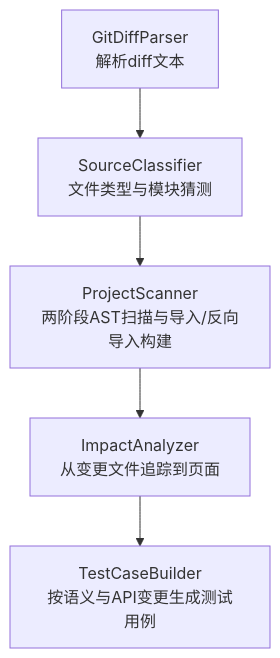
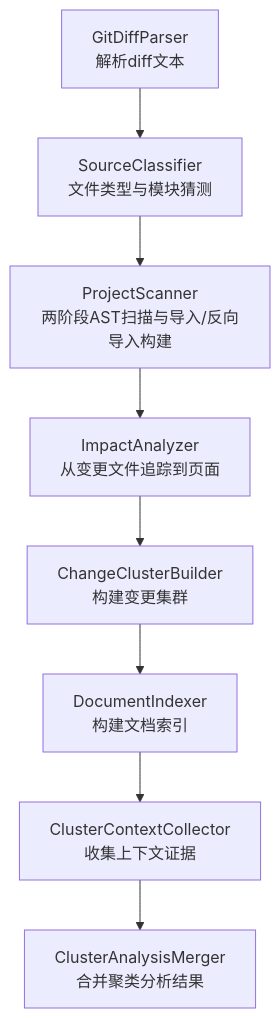
The second of 12 diagrams in .qoder/repowiki/zh/content/核心功能/核心功能.md (brand-new-remo/frontend-impact-analyzer), drawn with Mermaid before and after one commit. The commit also changed other lines of this file and 9 other files, not shown here.

````diff
--- a/.qoder/repowiki/zh/content/核心功能/核心功能.md
+++ b/.qoder/repowiki/zh/content/核心功能/核心功能.md
@@ -108,7 +121,10 @@
 ```mermaid
 graph TB
 A["GitDiffParser<br/>解析diff文本"] --> B["SourceClassifier<br/>文件类型与模块猜测"]
 B --> C["ProjectScanner<br/>两阶段AST扫描与导入/反向导入构建"]
 C --> D["ImpactAnalyzer<br/>从变更文件追踪到页面"]
-D --> E["TestCaseBuilder<br/>按语义与API变更生成测试用例"]
+D --> E["ChangeClusterBuilder<br/>构建变更集群"]
+E --> F["DocumentIndexer<br/>构建文档索引"]
+F --> G["ClusterContextCollector<br/>收集上下文证据"]
+G --> H["ClusterAnalysisMerger<br/>合并聚类分析结果"]
 ```
````
